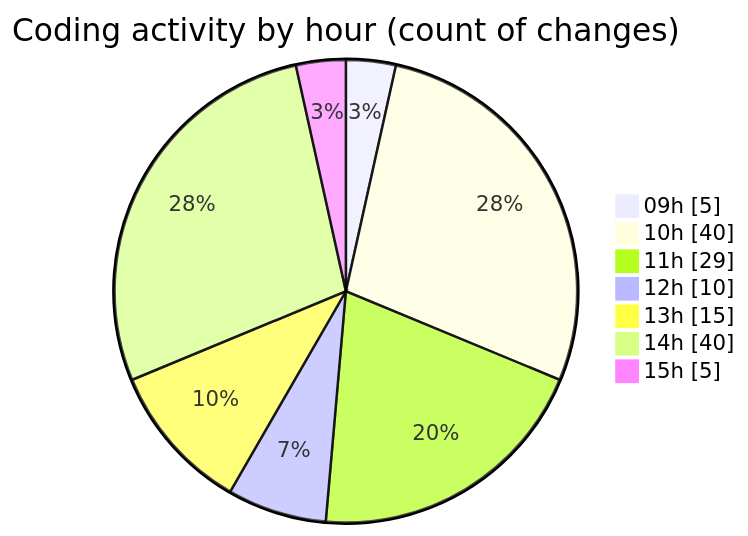
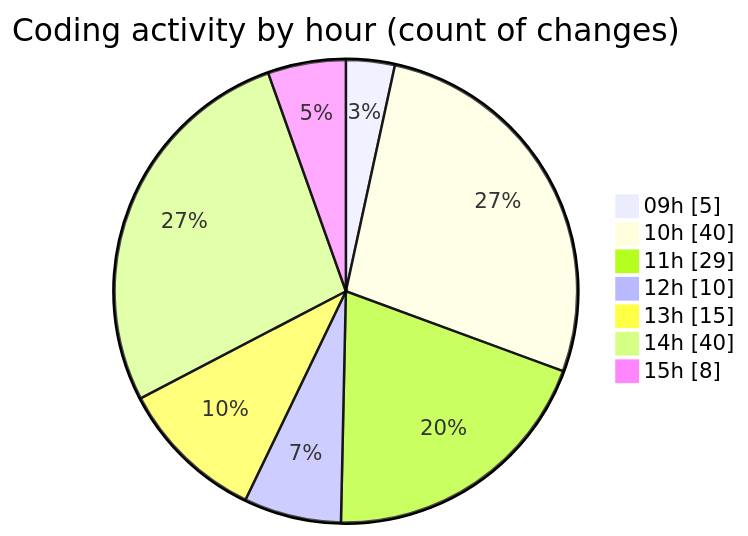
Before and after one commit to CELIANVF/code-tracking: the second of 2 diagrams in 2025-06-02/ecodeli-1/README.md, drawn with Mermaid. The commit also changed other lines of this file and 1 other file, not shown here.

````diff
--- a/2025-06-02/ecodeli-1/README.md
+++ b/2025-06-02/ecodeli-1/README.md
@@ -91,11 +91,11 @@
 ```mermaid
 pie showData
 title Coding activity by hour (count of changes)
 "09h" : 5
 "10h" : 40
 "11h" : 29
 "12h" : 10
 "13h" : 15
 "14h" : 40
-"15h" : 5
+"15h" : 8
 ```
````
